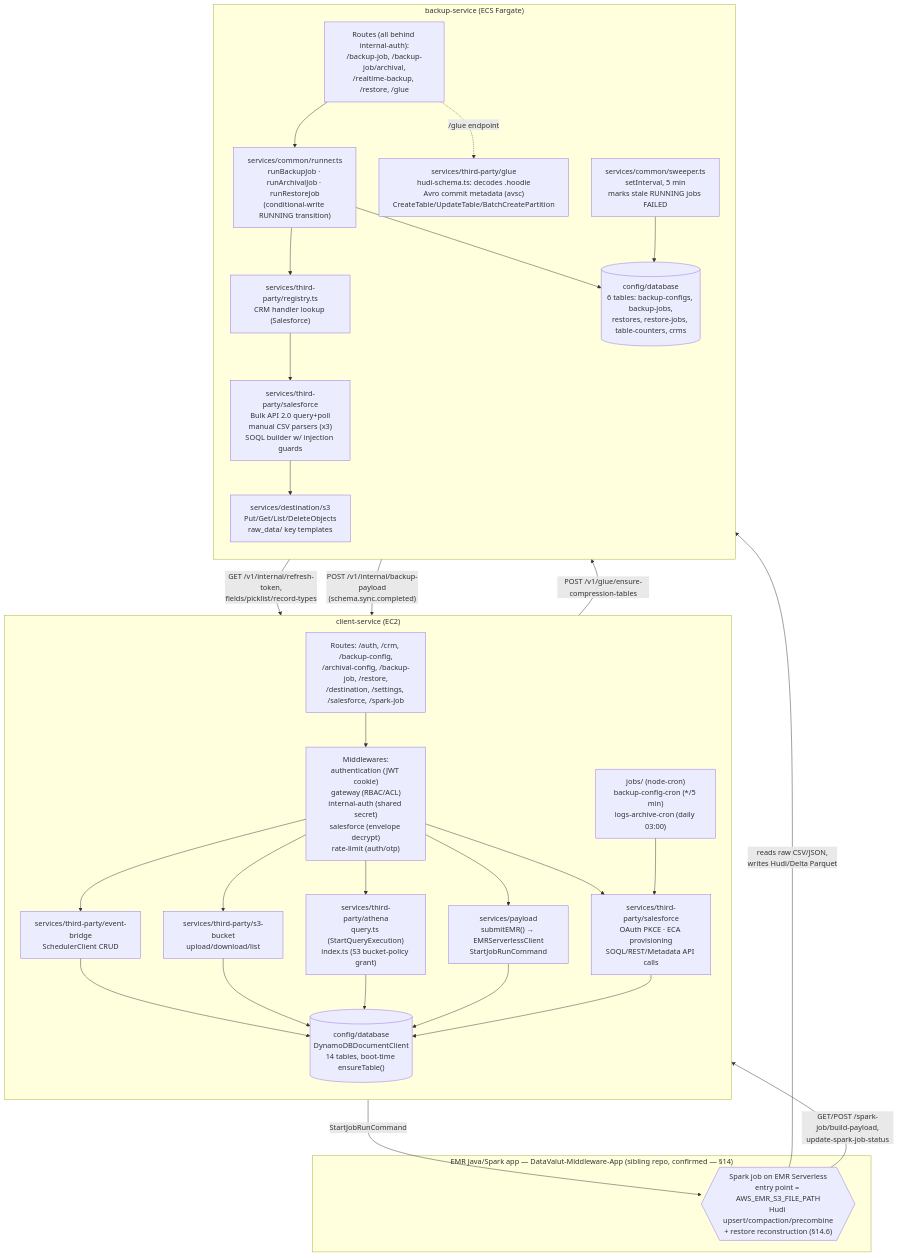
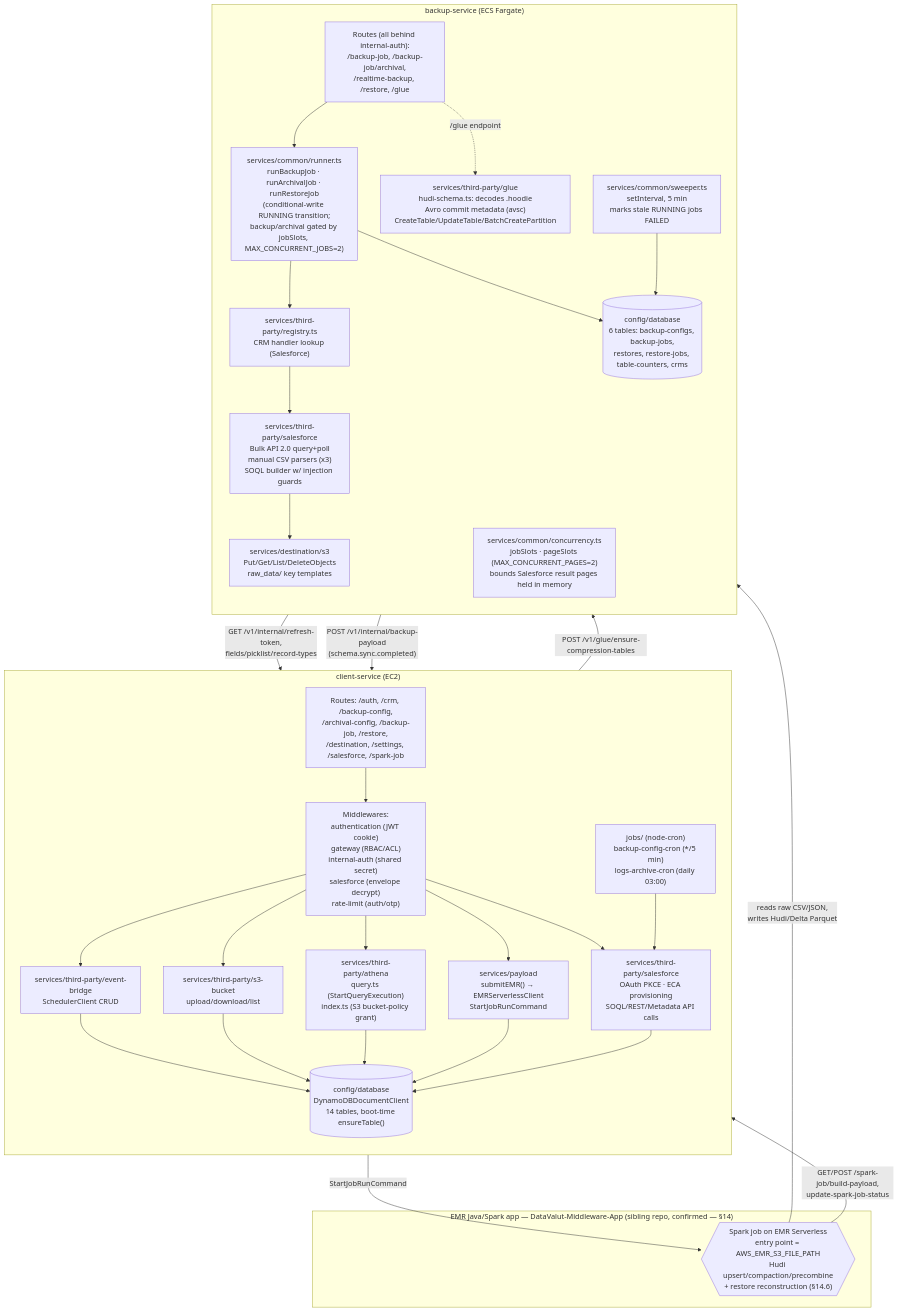
The second of 9 diagrams in docs/architecture-graph/ARCHITECTURE.md (ApoorvSynexc/data-vault-service), drawn with Mermaid before and after one commit. The commit also changed other lines of this file and 28 other files, not shown here.

````diff
--- a/docs/architecture-graph/ARCHITECTURE.md
+++ b/docs/architecture-graph/ARCHITECTURE.md
@@ -91,46 +91,47 @@
 ```mermaid
 flowchart TB
     subgraph CSVC["client-service (EC2)"]
         direction TB
         R1["Routes: /auth, /crm, /backup-config,<br/>/archival-config, /backup-job, /restore,<br/>/destination, /settings, /salesforce, /spark-job"]
         MW["Middlewares:<br/>authentication (JWT cookie)<br/>gateway (RBAC/ACL)<br/>internal-auth (shared secret)<br/>salesforce (envelope decrypt)<br/>rate-limit (auth/otp)"]
         SVC1["services/third-party/salesforce<br/>OAuth PKCE · ECA provisioning<br/>SOQL/REST/Metadata API calls"]
         SVC2["services/payload<br/>submitEMR() → EMRServerlessClient<br/>StartJobRunCommand"]
         SVC3["services/third-party/athena<br/>query.ts (StartQueryExecution)<br/>index.ts (S3 bucket-policy grant)"]
         SVC4["services/third-party/s3-bucket<br/>upload/download/list"]
         SVC5["services/third-party/event-bridge<br/>SchedulerClient CRUD"]
         JOBS["jobs/ (node-cron)<br/>backup-config-cron (*/5 min)<br/>logs-archive-cron (daily 03:00)"]
         DB1[("config/database<br/>DynamoDBDocumentClient<br/>14 tables, boot-time ensureTable()")]
         R1 --> MW --> SVC1 & SVC2 & SVC3 & SVC4 & SVC5
         JOBS --> SVC1
         SVC1 & SVC2 & SVC3 & SVC4 & SVC5 --> DB1
     end
 
     subgraph BSVC["backup-service (ECS Fargate)"]
         direction TB
         R2["Routes (all behind internal-auth):<br/>/backup-job, /backup-job/archival,<br/>/realtime-backup, /restore, /glue"]
-        RUNNER["services/common/runner.ts<br/>runBackupJob · runArchivalJob · runRestoreJob<br/>(conditional-write RUNNING transition)"]
+        RUNNER["services/common/runner.ts<br/>runBackupJob · runArchivalJob · runRestoreJob<br/>(conditional-write RUNNING transition;<br/>backup/archival gated by jobSlots, MAX_CONCURRENT_JOBS=2)"]
+        CONC["services/common/concurrency.ts<br/>jobSlots · pageSlots (MAX_CONCURRENT_PAGES=2)<br/>bounds Salesforce result pages held in memory"]
         REG["services/third-party/registry.ts<br/>CRM handler lookup (Salesforce)"]
         SFEX["services/third-party/salesforce<br/>Bulk API 2.0 query+poll<br/>manual CSV parsers (x3)<br/>SOQL builder w/ injection guards"]
         S3W["services/destination/s3<br/>Put/Get/List/DeleteObjects<br/>raw_data/ key templates"]
         GLUEW["services/third-party/glue<br/>hudi-schema.ts: decodes .hoodie<br/>Avro commit metadata (avsc)<br/>CreateTable/UpdateTable/BatchCreatePartition"]
         SWEEP["services/common/sweeper.ts<br/>setInterval, 5 min<br/>marks stale RUNNING jobs FAILED"]
         DB2[("config/database<br/>6 tables: backup-configs, backup-jobs,<br/>restores, restore-jobs, table-counters, crms")]
         R2 --> RUNNER --> REG --> SFEX
         SFEX --> S3W
         R2 -. "/glue endpoint" .-> GLUEW
         SWEEP --> DB2
         RUNNER --> DB2
     end
 
     subgraph EXT["EMR Java/Spark app — DataValut-Middleware-App (sibling repo, confirmed — §14)"]
         SPARK{{"Spark job on EMR Serverless<br/>entry point = AWS_EMR_S3_FILE_PATH<br/>Hudi upsert/compaction/precombine<br/>+ restore reconstruction (§14.6)"}}
     end
 
     SVC2 -- "StartJobRunCommand" --> SPARK
     SPARK -- "GET/POST /spark-job/build-payload,<br/>update-spark-job-status" --> SVC2
     SPARK -- "reads raw CSV/JSON,<br/>writes Hudi/Delta Parquet" --> S3W
     SVC2 -- "POST /v1/glue/ensure-compression-tables" --> R2
     SFEX -- "GET /v1/internal/refresh-token,<br/>fields/picklist/record-types" --> SVC1
     RUNNER -- "POST /v1/internal/backup-payload<br/>(schema.sync.completed)" --> SVC2
 ```
````
